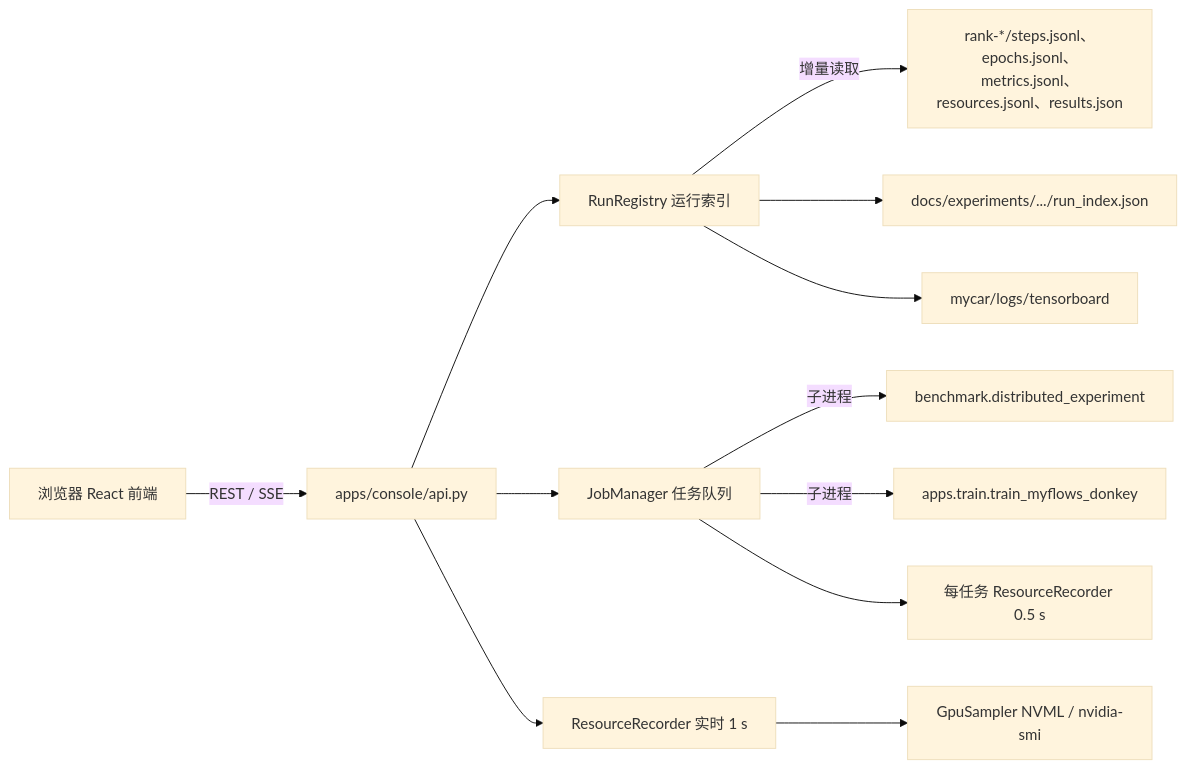
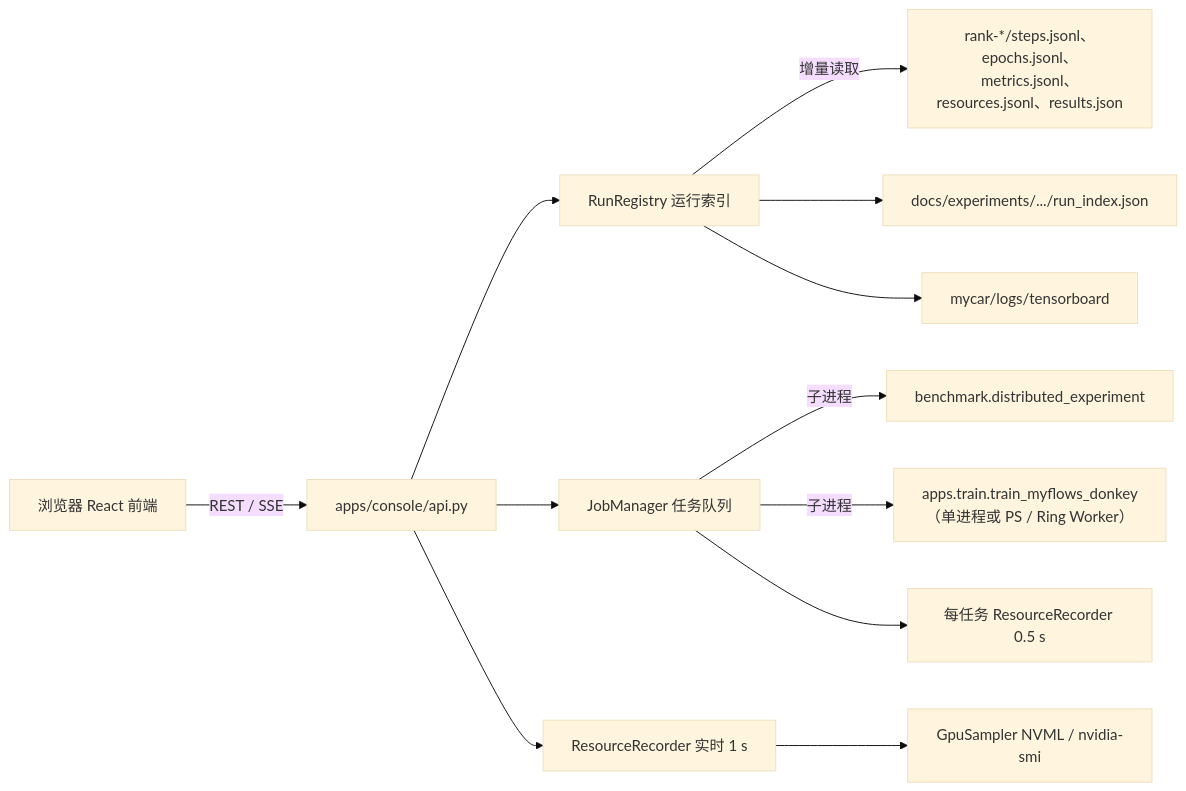
One commit to FGH-sudo/myflows-donkeycar changed the fourth of 4 diagrams in docs/system_design.md. Above: the diagram before and after it, drawn with Mermaid (base theme). The commit also changed other lines of this file and 35 other files, not shown here.

```diff
--- a/docs/system_design.md
+++ b/docs/system_design.md
@@ -113,14 +135,14 @@
 ~~~mermaid
 flowchart LR
     Browser["浏览器 React 前端"] -- "REST / SSE" --> API["apps/console/api.py"]
     API --> Registry["RunRegistry 运行索引"]
     API --> Jobs["JobManager 任务队列"]
     API --> Live["ResourceRecorder 实时 1 s"]
     Live --> Sampler["GpuSampler NVML / nvidia-smi"]
     Jobs -- "子进程" --> Dist["benchmark.distributed_experiment"]
-    Jobs -- "子进程" --> Single["apps.train.train_myflows_donkey"]
+    Jobs -- "子进程" --> Single["apps.train.train_myflows_donkey（单进程或 PS / Ring Worker）"]
     Jobs --> JobRec["每任务 ResourceRecorder 0.5 s"]
     Registry -- "增量读取" --> Files["rank-*/steps.jsonl、epochs.jsonl、metrics.jsonl、resources.jsonl、results.json"]
     Registry --> Archive["docs/experiments/.../run_index.json"]
     Registry --> TB["mycar/logs/tensorboard"]
 ~~~
```
